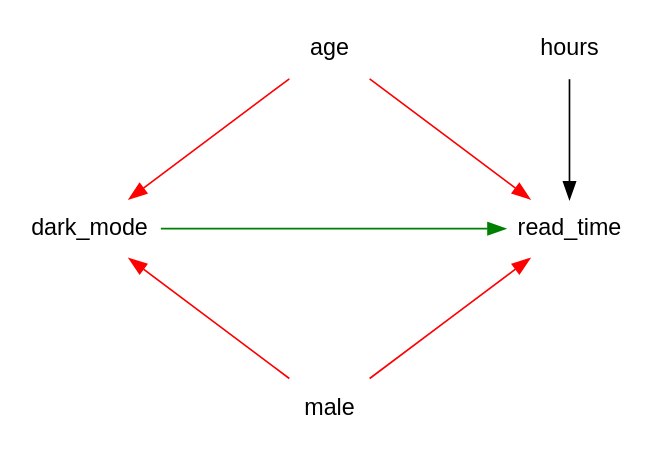
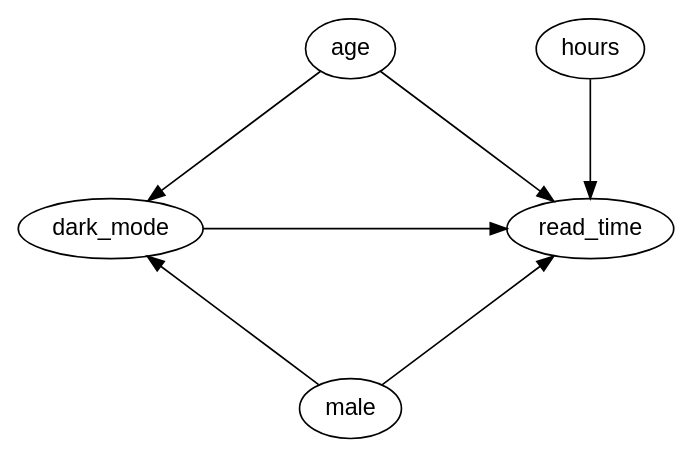
Before and after one commit to mca91/kasa_book: the second of 3 diagrams in Matching.qmd, drawn with Graphviz. The commit also changed other lines of this file and 21 other files, not shown here.

````diff
--- a/Matching.qmd
+++ b/Matching.qmd
@@ -316,25 +317,26 @@
 ```{dot}
-//| fig-width: 4
+//| fig-width: 5
 //| fig-height: 3
 //| fig-align: 'center'
 //| fig-cap: "Erweiterter DGP im Website-Design-Beispiel"
 //| label: "fig-CDdarkmode" 
 digraph {
   layout=neato
   fontname="Helvetica,Arial,sans-serif"
-  node [fontname="Helvetica,Arial,sans-serif"]
+  node [fontname="Helvetica,Arial,sans-serif", shape=ellipse]
   edge [fontname="Helvetica,Arial,sans-serif"]
-  node [shape=none];
+
   "read_time" [pos="4,0.5!"]
   "dark_mode" [pos="0,0.5!"]
   "male" [pos="2,-1!"]
   "age" [pos="2,2!"]
   "hours" [pos="4,2!"]
+
   "hours" -> "read_time"
-  "age" -> "dark_mode" [color="red"]
-  "age" -> "read_time" [color="red"]
-  "dark_mode" -> "read_time" [color="green"]
-  "male" -> "dark_mode" [color="red"]
-  "male" -> "read_time" [color="red"]
+  "age" -> "dark_mode"
+  "age" -> "read_time"
+  "dark_mode" -> "read_time"
+  "male" -> "dark_mode"
+  "male" -> "read_time"
 }
 ```
````
